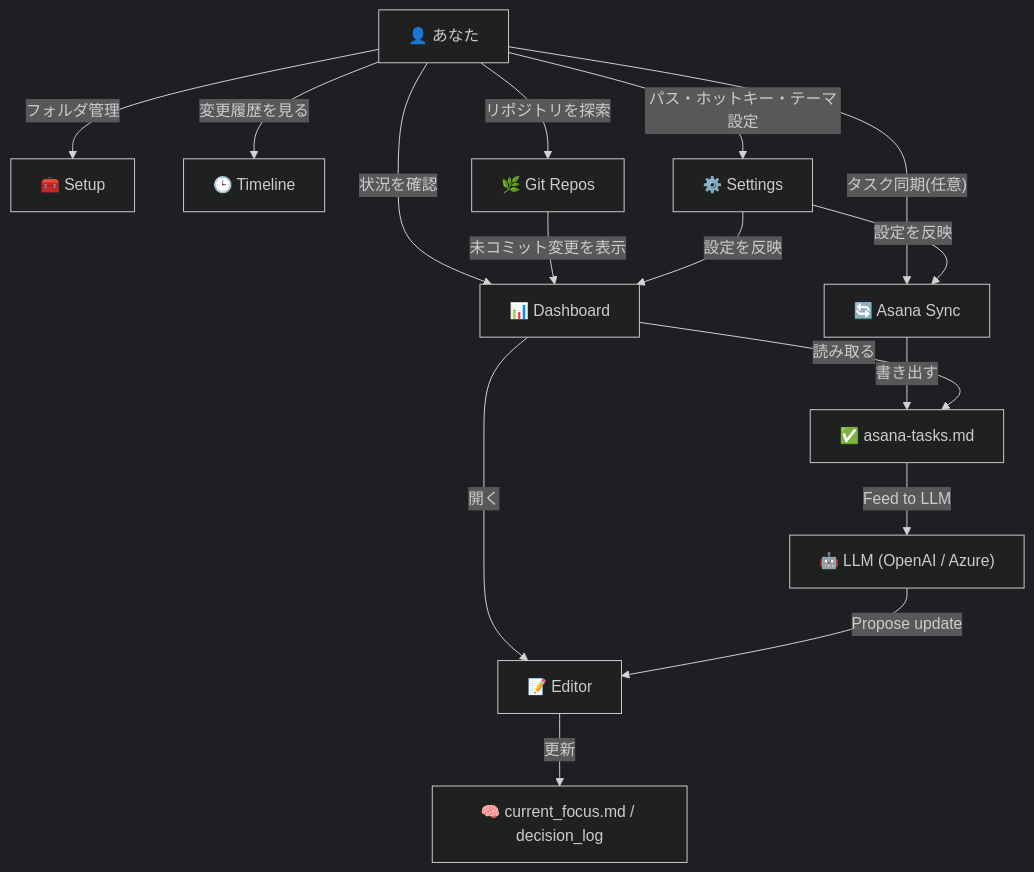
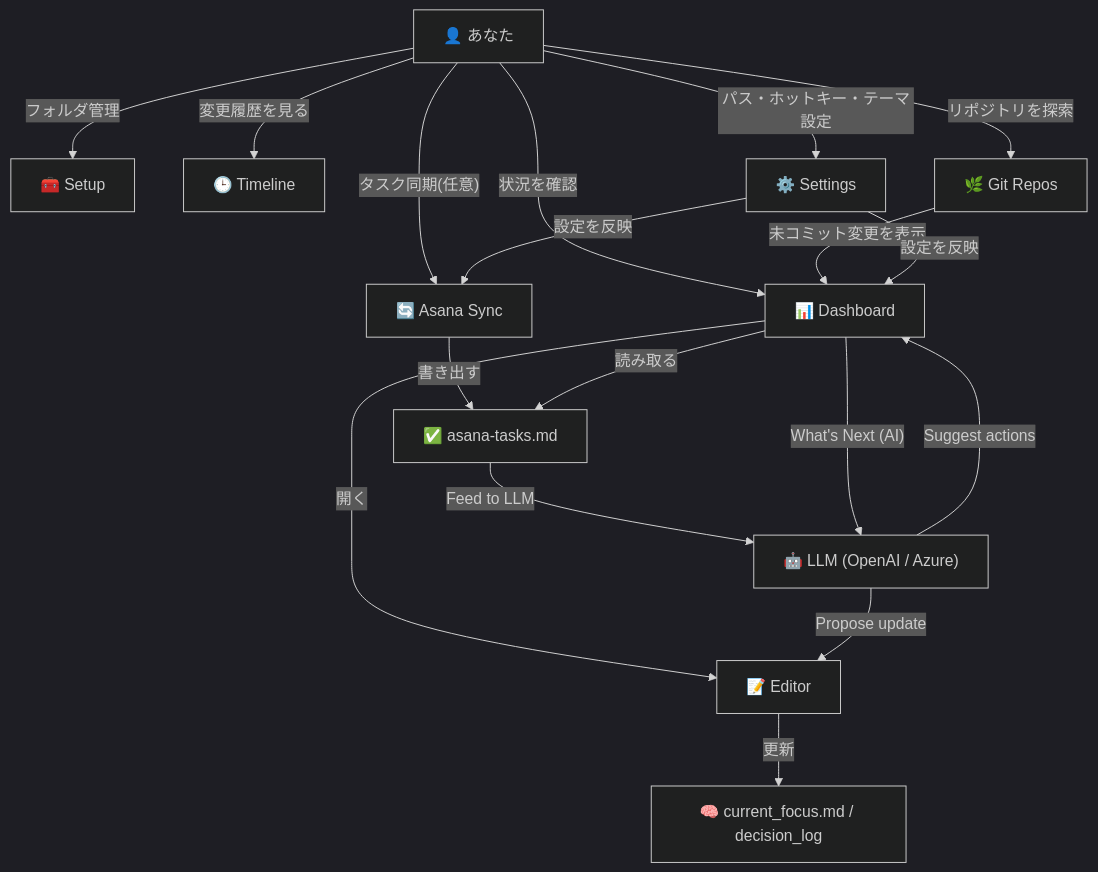
The first of 4 diagrams in README-ja.md (yt3trees/ProjectCurator), drawn with Mermaid (dark theme) before and after one commit. The commit also changed other lines of this file and 4 other files, not shown here.

Commit message:
feat: add AI What's Next suggestions on dashboard

````diff
--- a/README-ja.md
+++ b/README-ja.md
@@ -28,21 +28,23 @@
 ```mermaid
 flowchart TD
     U["👤 あなた"] -->|"状況を確認"| DB["📊 Dashboard"]
     DB -->|"開く"| ED["📝 Editor"]
     ED -->|"更新"| CTX["🧠 current_focus.md / decision_log"]
 
     U -->|"タスク同期(任意)"| AS["🔄 Asana Sync"]
     AS -->|"書き出す"| TASKS["✅ asana-tasks.md"]
     DB -->|"読み取る"| TASKS
     TASKS -->|"Feed to LLM"| LLM["🤖 LLM (OpenAI / Azure)"]
+    DB -->|"What's Next (AI)"| LLM
     LLM -->|"Propose update"| ED
+    LLM -->|"Suggest actions"| DB
 
     U -->|"フォルダ管理"| SU["🧰 Setup"]
     U -->|"変更履歴を見る"| TL["🕒 Timeline"]
     U -->|"リポジトリを探索"| GR["🌿 Git Repos"]
     U -->|"パス・ホットキー・テーマ設定"| ST["⚙️ Settings"]
 
     GR -->|"未コミット変更を表示"| DB
     ST -->|"設定を反映"| DB
     ST -->|"設定を反映"| AS
 ```
````
